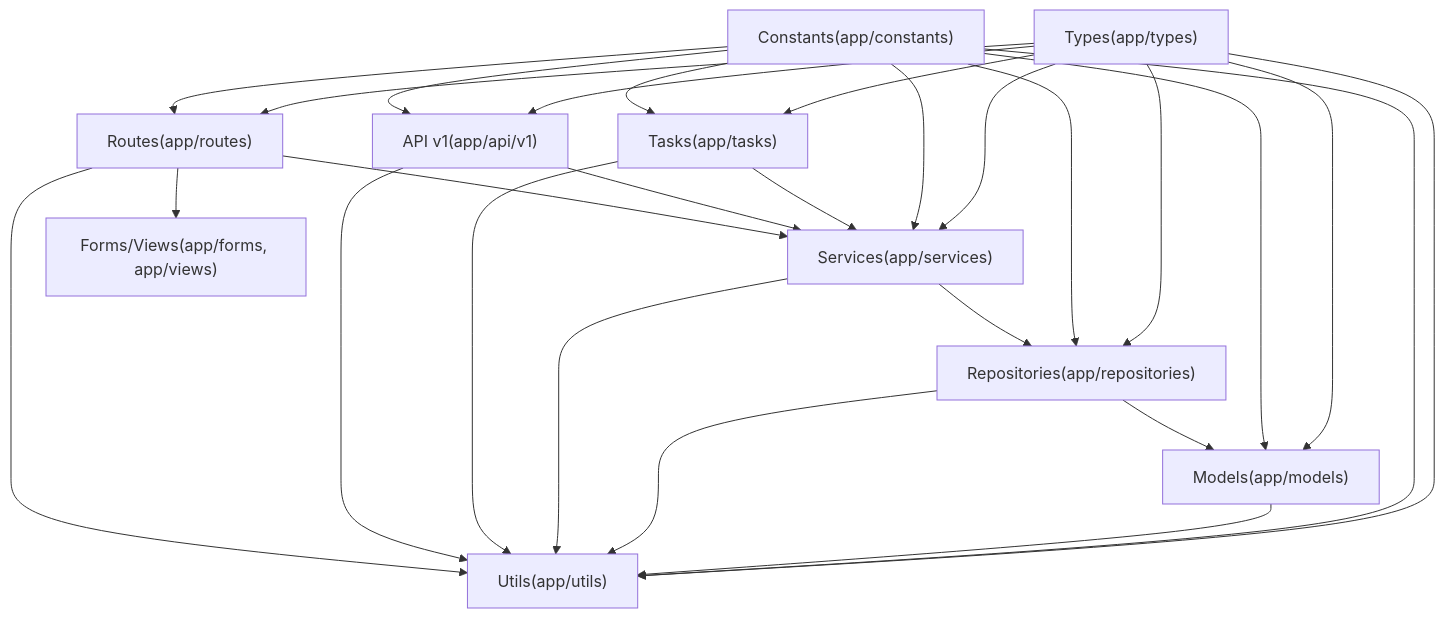
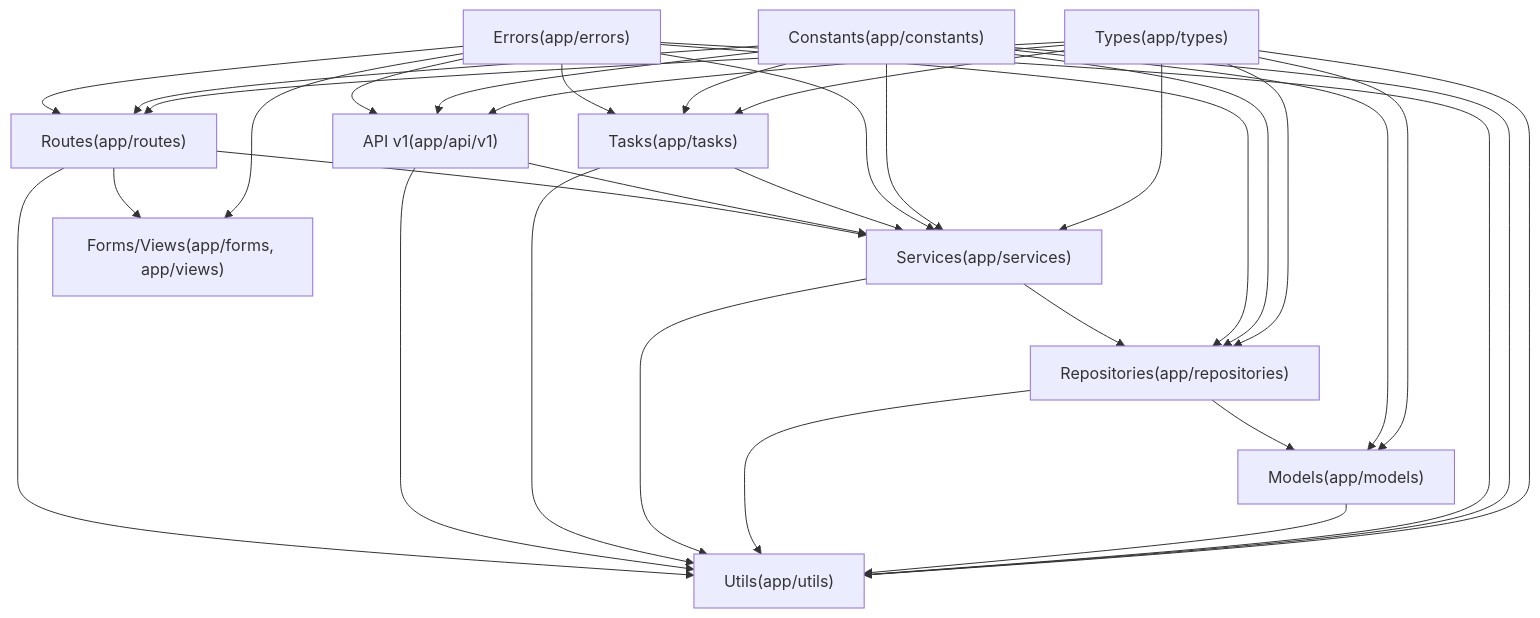
Before and after one commit to nyealovey/WhaleFall: the diagram in docs/Obsidian/standards/backend/layer/README.md, drawn with Mermaid. The commit also changed other lines of this file and 9 other files, not shown here.

````diff
--- a/docs/Obsidian/standards/backend/layer/README.md
+++ b/docs/Obsidian/standards/backend/layer/README.md
@@ -25,22 +25,24 @@
 ```mermaid
 graph TD
   Routes["Routes(app/routes)"]
   API["API v1(app/api/v1)"]
   Tasks["Tasks(app/tasks)"]
   Services["Services(app/services)"]
   Repositories["Repositories(app/repositories)"]
   Models["Models(app/models)"]
   FormsViews["Forms/Views(app/forms, app/views)"]
   Utils["Utils(app/utils)"]
+  Errors["Errors(app/errors)"]
   Constants["Constants(app/constants)"]
   Types["Types(app/types)"]
 
   Routes --> Services & FormsViews & Utils
   API --> Services & Utils
   Tasks --> Services & Utils
   Services --> Repositories & Utils
   Repositories --> Models & Utils
   Models --> Utils
+  Errors --> Routes & API & Tasks & Services & Repositories & FormsViews & Utils
   Constants --> Routes & API & Tasks & Services & Repositories & Models & Utils
   Types --> Routes & API & Tasks & Services & Repositories & Models & Utils
 ```
````
